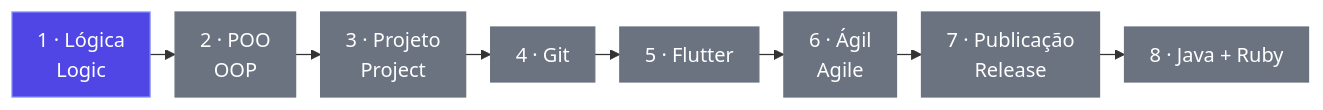
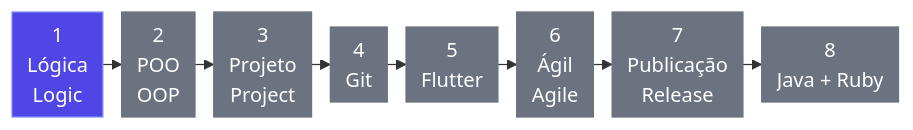
The diagram in README.md (IsaacGomes260653/IsaacGomes260653), drawn with Mermaid before and after one commit.

Commit message:
docs: roadmap regenerado com os rotulos em tres linhas

````diff
--- a/README.md
+++ b/README.md
@@ -80,17 +80,17 @@
 ```mermaid
-%%{init: {"flowchart": {"rankSpacing": 20, "nodeSpacing": 20, "padding": 10, "diagramPadding": 8}}}%%
+%%{init: {"flowchart": {"rankSpacing": 15, "nodeSpacing": 20, "padding": 6, "diagramPadding": 8}}}%%
 flowchart LR
   accTitle: Rumo ao Flutter — preparação para o novo emprego · Road to Flutter — getting ready for my new job
   accDescr: Etapas em sequência, a cor mostra o status / Stages in sequence, the color shows the status
-  e1["1 · Lógica<br>Logic"]:::estudando
-  e2["2 · POO<br>OOP"]:::a_comecar
-  e3["3 · Projeto<br>Project"]:::a_comecar
-  e4["4 · Git"]:::a_comecar
-  e5["5 · Flutter"]:::a_comecar
-  e6["6 · Ágil<br>Agile"]:::a_comecar
-  e7["7 · Publicação<br>Release"]:::a_comecar
-  e8["8 · Java + Ruby"]:::a_comecar
+  e1["1<br>Lógica<br>Logic"]:::estudando
+  e2["2<br>POO<br>OOP"]:::a_comecar
+  e3["3<br>Projeto<br>Project"]:::a_comecar
+  e4["4<br>Git"]:::a_comecar
+  e5["5<br>Flutter"]:::a_comecar
+  e6["6<br>Ágil<br>Agile"]:::a_comecar
+  e7["7<br>Publicação<br>Release"]:::a_comecar
+  e8["8<br>Java + Ruby"]:::a_comecar
   e1 --> e2 --> e3 --> e4 --> e5 --> e6 --> e7 --> e8
   classDef estudando fill:#4f46e5,stroke:#818cf8,color:#fff
   classDef a_comecar fill:#6b7280,stroke:#6b7280,color:#fff
 ```
````
